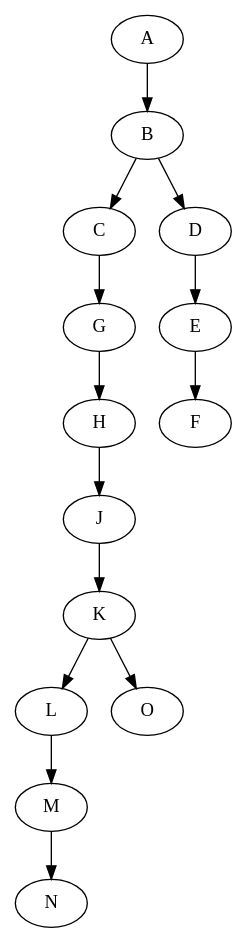
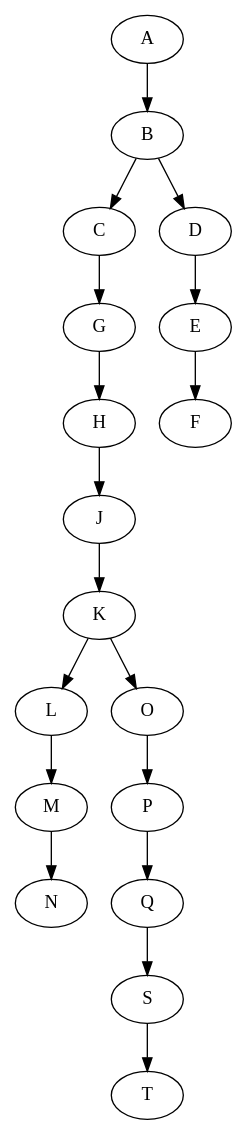
The diagram in grafito.dot (tokomon/EDA), drawn with Graphviz before and after one commit. The commit also changed 16 other files, not shown here.

```diff
--- a/grafito.dot
+++ b/grafito.dot
@@ -1,30 +1,38 @@
 # Printing printPersistence
 digraph G{ 
 A
 B
 C
 D
 E
 F
 G
 H
 J
 K
 L
 M
 N
 O
+P
+Q
+S
+T
 A -> B
 B -> C
 B -> D
 D -> E
 E -> F
 C -> G
 G -> H
 H -> J
 J -> K
 K -> L
 L -> M
 M -> N
 K -> O
+O -> P
+P -> Q
+Q -> S
+S -> T
 }
```
